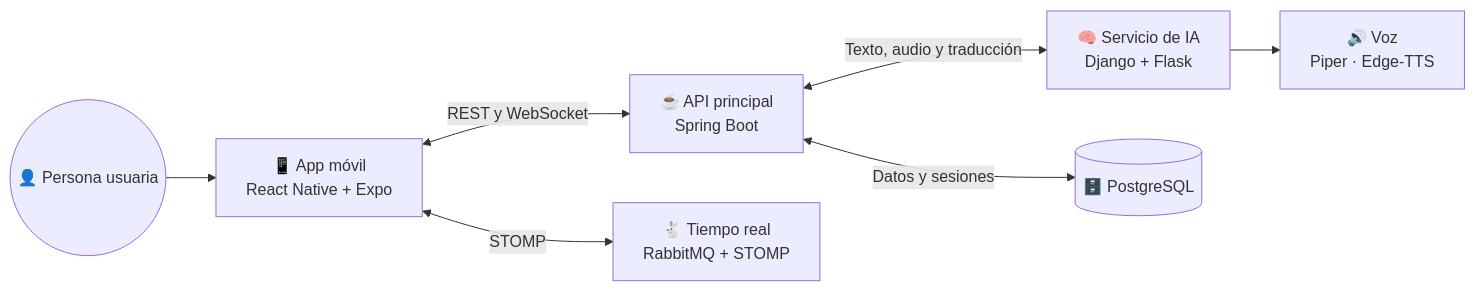
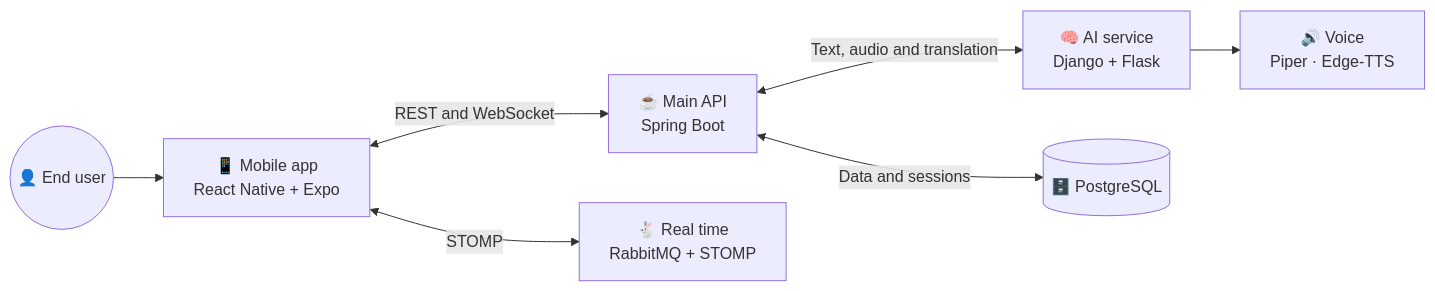
One commit to nexari636/UniVoice changed the diagram in README.md. Above: the diagram before and after it, drawn with Mermaid. The commit also changed other lines of this file and 1 other file, not shown here.

````diff
--- a/README.md
+++ b/README.md
@@ -69,18 +69,18 @@
 ```mermaid
 flowchart LR
-    U(("👤 Persona usuaria"))
+    U(("👤 End user"))
 
-    APP["📱 App móvil<br/>React Native + Expo"]
-    API["☕ API principal<br/>Spring Boot"]
-    IA["🧠 Servicio de IA<br/>Django + Flask"]
-    MQ["🐇 Tiempo real<br/>RabbitMQ + STOMP"]
+    APP["📱 Mobile app<br/>React Native + Expo"]
+    API["☕ Main API<br/>Spring Boot"]
+    IA["🧠 AI service<br/>Django + Flask"]
+    MQ["🐇 Real time<br/>RabbitMQ + STOMP"]
     DB[("🗄️ PostgreSQL")]
-    VOZ["🔊 Voz<br/>Piper · Edge-TTS"]
+    VOZ["🔊 Voice<br/>Piper · Edge-TTS"]
 
     U --> APP
-    APP <-->|REST y WebSocket| API
+    APP <-->|REST and WebSocket| API
     APP <-->|STOMP| MQ
-    API <-->|Datos y sesiones| DB
-    API <-->|Texto, audio y traducción| IA
+    API <-->|Data and sessions| DB
+    API <-->|Text, audio and translation| IA
     IA --> VOZ
 ```
````
